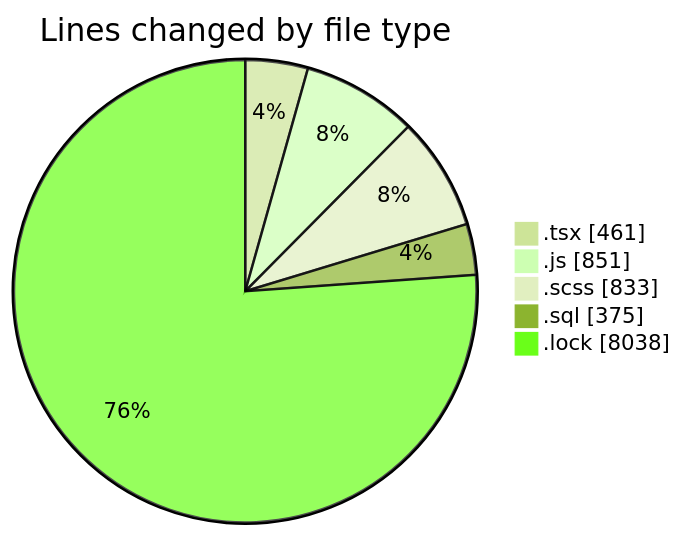
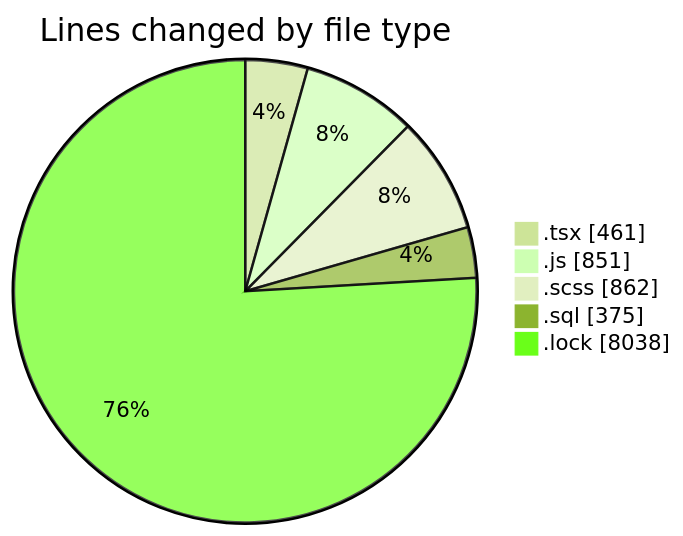
The first of 2 diagrams in 2025-03-18/cda/README.md (momahboobian/code-tracking), drawn with Mermaid (forest theme) before and after one commit. The commit also changed other lines of this file and 1 other file, not shown here.

````diff
--- a/2025-03-18/cda/README.md
+++ b/2025-03-18/cda/README.md
@@ -30,9 +30,9 @@
 ```mermaid
 pie showData
 title Lines changed by file type
 ".tsx" : 461
 ".js" : 851
-".scss" : 833
+".scss" : 862
 ".sql" : 375
 ".lock" : 8038
 ```
````
